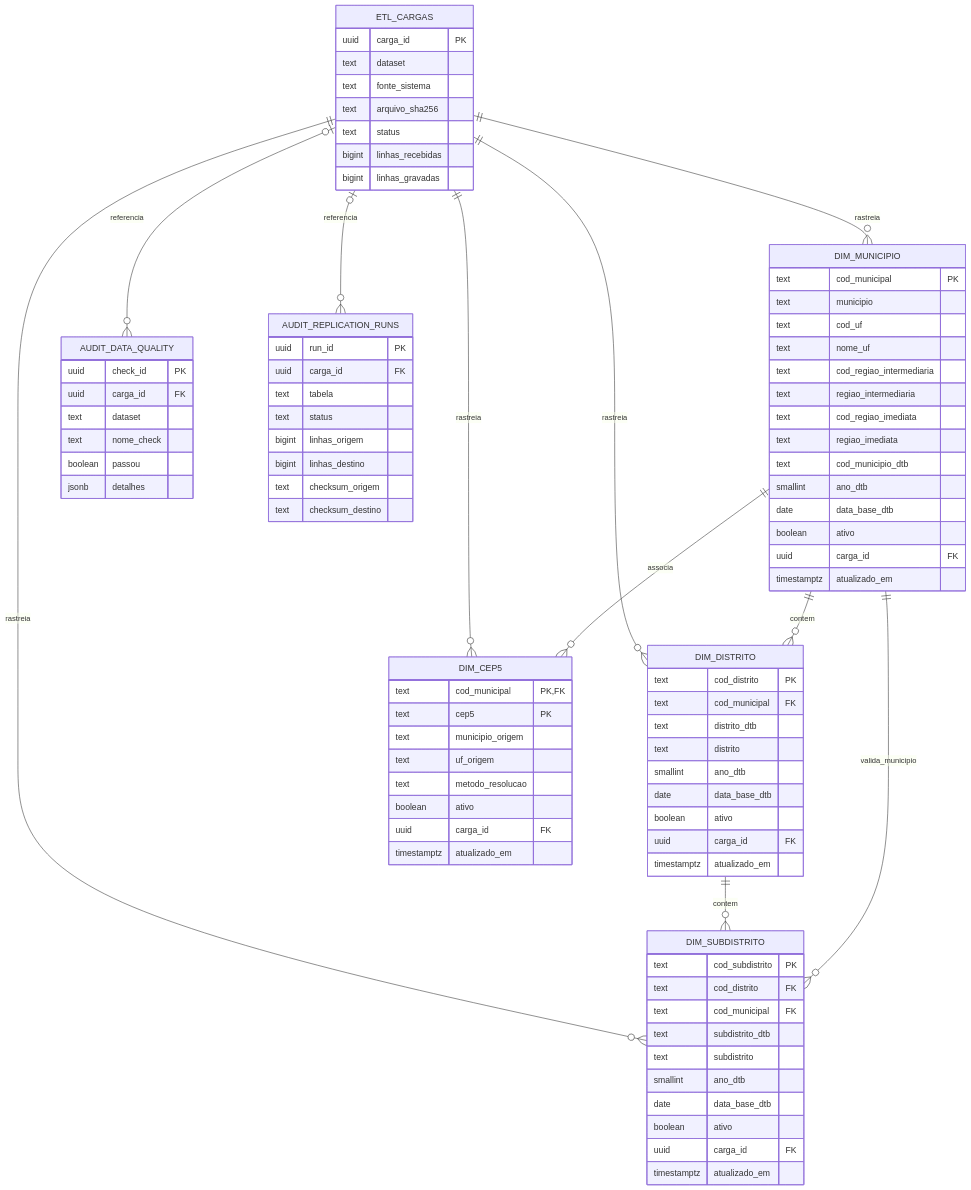
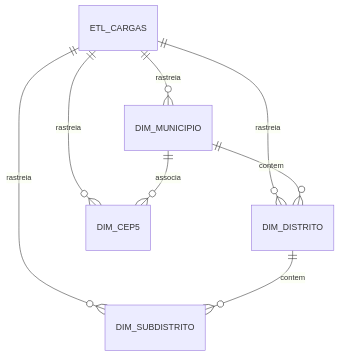
Before and after one commit to Kaue-EDBS/papercomercialv2: the second of 2 diagrams in docs/architecture/mapa-cit-paper-v2.md, drawn with Mermaid. The commit also changed other lines of this file, not shown here.

````diff
--- a/docs/architecture/mapa-cit-paper-v2.md
+++ b/docs/architecture/mapa-cit-paper-v2.md
@@ -96,87 +182,7 @@
     ETL_CARGAS ||--o{ DIM_DISTRITO : rastreia
     ETL_CARGAS ||--o{ DIM_SUBDISTRITO : rastreia
     ETL_CARGAS ||--o{ DIM_CEP5 : rastreia
-    ETL_CARGAS o|--o{ AUDIT_DATA_QUALITY : referencia
-    ETL_CARGAS o|--o{ AUDIT_REPLICATION_RUNS : referencia
     DIM_MUNICIPIO ||--o{ DIM_DISTRITO : contem
     DIM_DISTRITO ||--o{ DIM_SUBDISTRITO : contem
-    DIM_MUNICIPIO ||--o{ DIM_SUBDISTRITO : valida_municipio
     DIM_MUNICIPIO ||--o{ DIM_CEP5 : associa
-
-    DIM_MUNICIPIO {
-        text cod_municipal PK
-        text municipio
-        text cod_uf
-        text nome_uf
-        text cod_regiao_intermediaria
-        text regiao_intermediaria
-        text cod_regiao_imediata
-        text regiao_imediata
-        text cod_municipio_dtb
-        smallint ano_dtb
-        date data_base_dtb
-        boolean ativo
-        uuid carga_id FK
-        timestamptz atualizado_em
-    }
-    DIM_DISTRITO {
-        text cod_distrito PK
-        text cod_municipal FK
-        text distrito_dtb
-        text distrito
-        smallint ano_dtb
-        date data_base_dtb
-        boolean ativo
-        uuid carga_id FK
-        timestamptz atualizado_em
-    }
-    DIM_SUBDISTRITO {
-        text cod_subdistrito PK
-        text cod_distrito FK
-        text cod_municipal FK
-        text subdistrito_dtb
-        text subdistrito
-        smallint ano_dtb
-        date data_base_dtb
-        boolean ativo
-        uuid carga_id FK
-        timestamptz atualizado_em
-    }
-    DIM_CEP5 {
-        text cod_municipal PK,FK
-        text cep5 PK
-        text municipio_origem
-        text uf_origem
-        text metodo_resolucao
-        boolean ativo
-        uuid carga_id FK
-        timestamptz atualizado_em
-    }
-    ETL_CARGAS {
-        uuid carga_id PK
-        text dataset
-        text fonte_sistema
-        text arquivo_sha256
-        text status
-        bigint linhas_recebidas
-        bigint linhas_gravadas
-    }
-    AUDIT_DATA_QUALITY {
-        uuid check_id PK
-        uuid carga_id FK
-        text dataset
-        text nome_check
-        boolean passou
-        jsonb detalhes
-    }
-    AUDIT_REPLICATION_RUNS {
-        uuid run_id PK
-        uuid carga_id FK
-        text tabela
-        text status
-        bigint linhas_origem
-        bigint linhas_destino
-        text checksum_origem
-        text checksum_destino
-    }
 ```
````
